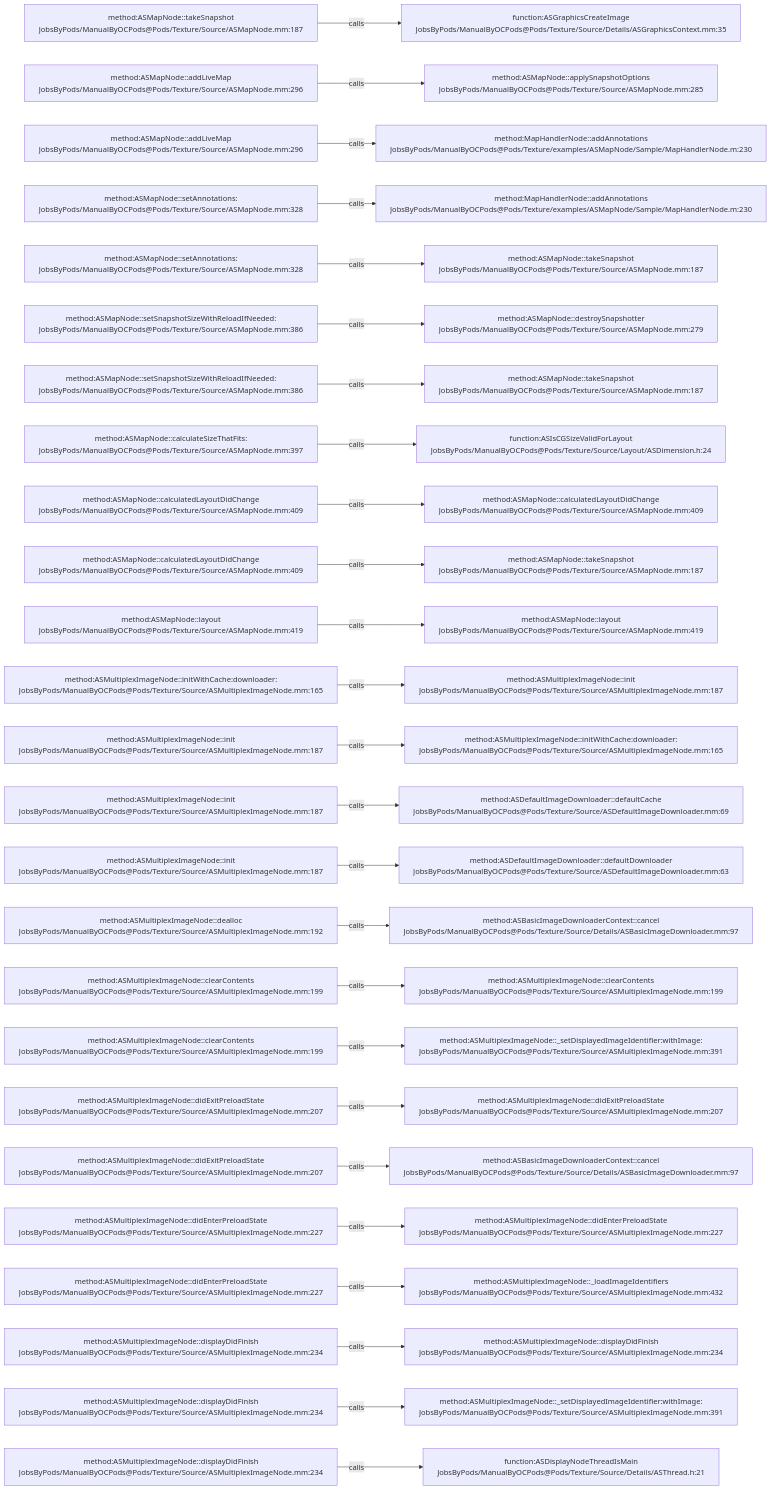
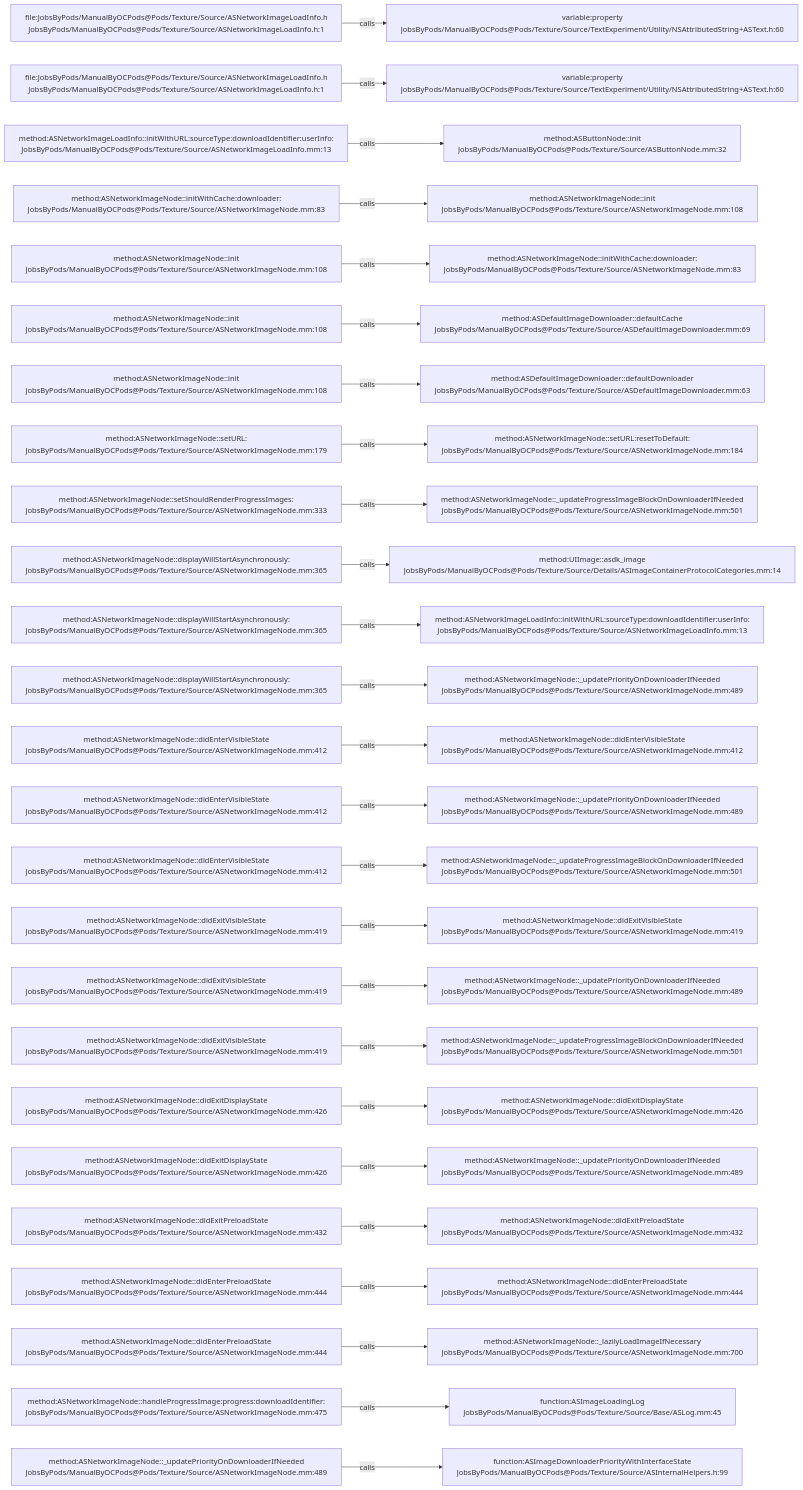
One commit to JobsKits/JobsOCBaseConfigDemo changed the diagram in .codegraph/codegraph.md/graphs/calls-115.md. Above: the diagram before and after it, drawn with Mermaid. The commit also changed 1353 other files, not shown here.

````diff
--- a/.codegraph/codegraph.md/graphs/calls-115.md
+++ b/.codegraph/codegraph.md/graphs/calls-115.md
@@ -13,78 +13,78 @@
 ```mermaid
 flowchart LR
-  S1["method:ASMapNode::takeSnapshot<br/>JobsByPods/ManualByOCPods@Pods/Texture/Source/ASMapNode.mm:187"]
-  T1["function:ASGraphicsCreateImage<br/>JobsByPods/ManualByOCPods@Pods/Texture/Source/Details/ASGraphicsContext.mm:35"]
+  S1["file:JobsByPods/ManualByOCPods@Pods/Texture/Source/ASNetworkImageLoadInfo.h<br/>JobsByPods/ManualByOCPods@Pods/Texture/Source/ASNetworkImageLoadInfo.h:1"]
+  T1["variable:property<br/>JobsByPods/ManualByOCPods@Pods/Texture/Source/TextExperiment/Utility/NSAttributedString+ASText.h:60"]
   S1 -->|calls| T1
-  S2["method:ASMapNode::addLiveMap<br/>JobsByPods/ManualByOCPods@Pods/Texture/Source/ASMapNode.mm:296"]
-  T2["method:ASMapNode::applySnapshotOptions<br/>JobsByPods/ManualByOCPods@Pods/Texture/Source/ASMapNode.mm:285"]
+  S2["file:JobsByPods/ManualByOCPods@Pods/Texture/Source/ASNetworkImageLoadInfo.h<br/>JobsByPods/ManualByOCPods@Pods/Texture/Source/ASNetworkImageLoadInfo.h:1"]
+  T2["variable:property<br/>JobsByPods/ManualByOCPods@Pods/Texture/Source/TextExperiment/Utility/NSAttributedString+ASText.h:60"]
   S2 -->|calls| T2
-  S3["method:ASMapNode::addLiveMap<br/>JobsByPods/ManualByOCPods@Pods/Texture/Source/ASMapNode.mm:296"]
-  T3["method:MapHandlerNode::addAnnotations<br/>JobsByPods/ManualByOCPods@Pods/Texture/examples/ASMapNode/Sample/MapHandlerNode.m:230"]
+  S3["method:ASNetworkImageLoadInfo::initWithURL:sourceType:downloadIdentifier:userInfo:<br/>JobsByPods/ManualByOCPods@Pods/Texture/Source/ASNetworkImageLoadInfo.mm:13"]
+  T3["method:ASButtonNode::init<br/>JobsByPods/ManualByOCPods@Pods/Texture/Source/ASButtonNode.mm:32"]
   S3 -->|calls| T3
-  S4["method:ASMapNode::setAnnotations:<br/>JobsByPods/ManualByOCPods@Pods/Texture/Source/ASMapNode.mm:328"]
-  T4["method:MapHandlerNode::addAnnotations<br/>JobsByPods/ManualByOCPods@Pods/Texture/examples/ASMapNode/Sample/MapHandlerNode.m:230"]
+  S4["method:ASNetworkImageNode::initWithCache:downloader:<br/>JobsByPods/ManualByOCPods@Pods/Texture/Source/ASNetworkImageNode.mm:83"]
+  T4["method:ASNetworkImageNode::init<br/>JobsByPods/ManualByOCPods@Pods/Texture/Source/ASNetworkImageNode.mm:108"]
   S4 -->|calls| T4
-  S5["method:ASMapNode::setAnnotations:<br/>JobsByPods/ManualByOCPods@Pods/Texture/Source/ASMapNode.mm:328"]
-  T5["method:ASMapNode::takeSnapshot<br/>JobsByPods/ManualByOCPods@Pods/Texture/Source/ASMapNode.mm:187"]
+  S5["method:ASNetworkImageNode::init<br/>JobsByPods/ManualByOCPods@Pods/Texture/Source/ASNetworkImageNode.mm:108"]
+  T5["method:ASNetworkImageNode::initWithCache:downloader:<br/>JobsByPods/ManualByOCPods@Pods/Texture/Source/ASNetworkImageNode.mm:83"]
   S5 -->|calls| T5
-  S6["method:ASMapNode::setSnapshotSizeWithReloadIfNeeded:<br/>JobsByPods/ManualByOCPods@Pods/Texture/Source/ASMapNode.mm:386"]
-  T6["method:ASMapNode::destroySnapshotter<br/>JobsByPods/ManualByOCPods@Pods/Texture/Source/ASMapNode.mm:279"]
+  S6["method:ASNetworkImageNode::init<br/>JobsByPods/ManualByOCPods@Pods/Texture/Source/ASNetworkImageNode.mm:108"]
+  T6["method:ASDefaultImageDownloader::defaultCache<br/>JobsByPods/ManualByOCPods@Pods/Texture/Source/ASDefaultImageDownloader.mm:69"]
   S6 -->|calls| T6
-  S7["method:ASMapNode::setSnapshotSizeWithReloadIfNeeded:<br/>JobsByPods/ManualByOCPods@Pods/Texture/Source/ASMapNode.mm:386"]
-  T7["method:ASMapNode::takeSnapshot<br/>JobsByPods/ManualByOCPods@Pods/Texture/Source/ASMapNode.mm:187"]
+  S7["method:ASNetworkImageNode::init<br/>JobsByPods/ManualByOCPods@Pods/Texture/Source/ASNetworkImageNode.mm:108"]
+  T7["method:ASDefaultImageDownloader::defaultDownloader<br/>JobsByPods/ManualByOCPods@Pods/Texture/Source/ASDefaultImageDownloader.mm:63"]
   S7 -->|calls| T7
-  S8["method:ASMapNode::calculateSizeThatFits:<br/>JobsByPods/ManualByOCPods@Pods/Texture/Source/ASMapNode.mm:397"]
-  T8["function:ASIsCGSizeValidForLayout<br/>JobsByPods/ManualByOCPods@Pods/Texture/Source/Layout/ASDimension.h:24"]
+  S8["method:ASNetworkImageNode::setURL:<br/>JobsByPods/ManualByOCPods@Pods/Texture/Source/ASNetworkImageNode.mm:179"]
+  T8["method:ASNetworkImageNode::setURL:resetToDefault:<br/>JobsByPods/ManualByOCPods@Pods/Texture/Source/ASNetworkImageNode.mm:184"]
   S8 -->|calls| T8
-  S9["method:ASMapNode::calculatedLayoutDidChange<br/>JobsByPods/ManualByOCPods@Pods/Texture/Source/ASMapNode.mm:409"]
-  T9["method:ASMapNode::calculatedLayoutDidChange<br/>JobsByPods/ManualByOCPods@Pods/Texture/Source/ASMapNode.mm:409"]
+  S9["method:ASNetworkImageNode::setShouldRenderProgressImages:<br/>JobsByPods/ManualByOCPods@Pods/Texture/Source/ASNetworkImageNode.mm:333"]
+  T9["method:ASNetworkImageNode::_updateProgressImageBlockOnDownloaderIfNeeded<br/>JobsByPods/ManualByOCPods@Pods/Texture/Source/ASNetworkImageNode.mm:501"]
   S9 -->|calls| T9
-  S10["method:ASMapNode::calculatedLayoutDidChange<br/>JobsByPods/ManualByOCPods@Pods/Texture/Source/ASMapNode.mm:409"]
-  T10["method:ASMapNode::takeSnapshot<br/>JobsByPods/ManualByOCPods@Pods/Texture/Source/ASMapNode.mm:187"]
+  S10["method:ASNetworkImageNode::displayWillStartAsynchronously:<br/>JobsByPods/ManualByOCPods@Pods/Texture/Source/ASNetworkImageNode.mm:365"]
+  T10["method:UIImage::asdk_image<br/>JobsByPods/ManualByOCPods@Pods/Texture/Source/Details/ASImageContainerProtocolCategories.mm:14"]
   S10 -->|calls| T10
-  S11["method:ASMapNode::layout<br/>JobsByPods/ManualByOCPods@Pods/Texture/Source/ASMapNode.mm:419"]
-  T11["method:ASMapNode::layout<br/>JobsByPods/ManualByOCPods@Pods/Texture/Source/ASMapNode.mm:419"]
+  S11["method:ASNetworkImageNode::displayWillStartAsynchronously:<br/>JobsByPods/ManualByOCPods@Pods/Texture/Source/ASNetworkImageNode.mm:365"]
+  T11["method:ASNetworkImageLoadInfo::initWithURL:sourceType:downloadIdentifier:userInfo:<br/>JobsByPods/ManualByOCPods@Pods/Texture/Source/ASNetworkImageLoadInfo.mm:13"]
   S11 -->|calls| T11
-  S12["method:ASMultiplexImageNode::initWithCache:downloader:<br/>JobsByPods/ManualByOCPods@Pods/Texture/Source/ASMultiplexImageNode.mm:165"]
-  T12["method:ASMultiplexImageNode::init<br/>JobsByPods/ManualByOCPods@Pods/Texture/Source/ASMultiplexImageNode.mm:187"]
+  S12["method:ASNetworkImageNode::displayWillStartAsynchronously:<br/>JobsByPods/ManualByOCPods@Pods/Texture/Source/ASNetworkImageNode.mm:365"]
+  T12["method:ASNetworkImageNode::_updatePriorityOnDownloaderIfNeeded<br/>JobsByPods/ManualByOCPods@Pods/Texture/Source/ASNetworkImageNode.mm:489"]
   S12 -->|calls| T12
-  S13["method:ASMultiplexImageNode::init<br/>JobsByPods/ManualByOCPods@Pods/Texture/Source/ASMultiplexImageNode.mm:187"]
-  T13["method:ASMultiplexImageNode::initWithCache:downloader:<br/>JobsByPods/ManualByOCPods@Pods/Texture/Source/ASMultiplexImageNode.mm:165"]
+  S13["method:ASNetworkImageNode::didEnterVisibleState<br/>JobsByPods/ManualByOCPods@Pods/Texture/Source/ASNetworkImageNode.mm:412"]
+  T13["method:ASNetworkImageNode::didEnterVisibleState<br/>JobsByPods/ManualByOCPods@Pods/Texture/Source/ASNetworkImageNode.mm:412"]
   S13 -->|calls| T13
-  S14["method:ASMultiplexImageNode::init<br/>JobsByPods/ManualByOCPods@Pods/Texture/Source/ASMultiplexImageNode.mm:187"]
-  T14["method:ASDefaultImageDownloader::defaultCache<br/>JobsByPods/ManualByOCPods@Pods/Texture/Source/ASDefaultImageDownloader.mm:69"]
+  S14["method:ASNetworkImageNode::didEnterVisibleState<br/>JobsByPods/ManualByOCPods@Pods/Texture/Source/ASNetworkImageNode.mm:412"]
+  T14["method:ASNetworkImageNode::_updatePriorityOnDownloaderIfNeeded<br/>JobsByPods/ManualByOCPods@Pods/Texture/Source/ASNetworkImageNode.mm:489"]
   S14 -->|calls| T14
-  S15["method:ASMultiplexImageNode::init<br/>JobsByPods/ManualByOCPods@Pods/Texture/Source/ASMultiplexImageNode.mm:187"]
-  T15["method:ASDefaultImageDownloader::defaultDownloader<br/>JobsByPods/ManualByOCPods@Pods/Texture/Source/ASDefaultImageDownloader.mm:63"]
+  S15["method:ASNetworkImageNode::didEnterVisibleState<br/>JobsByPods/ManualByOCPods@Pods/Texture/Source/ASNetworkImageNode.mm:412"]
+  T15["method:ASNetworkImageNode::_updateProgressImageBlockOnDownloaderIfNeeded<br/>JobsByPods/ManualByOCPods@Pods/Texture/Source/ASNetworkImageNode.mm:501"]
   S15 -->|calls| T15
-  S16["method:ASMultiplexImageNode::dealloc<br/>JobsByPods/ManualByOCPods@Pods/Texture/Source/ASMultiplexImageNode.mm:192"]
-  T16["method:ASBasicImageDownloaderContext::cancel<br/>JobsByPods/ManualByOCPods@Pods/Texture/Source/Details/ASBasicImageDownloader.mm:97"]
+  S16["method:ASNetworkImageNode::didExitVisibleState<br/>JobsByPods/ManualByOCPods@Pods/Texture/Source/ASNetworkImageNode.mm:419"]
+  T16["method:ASNetworkImageNode::didExitVisibleState<br/>JobsByPods/ManualByOCPods@Pods/Texture/Source/ASNetworkImageNode.mm:419"]
   S16 -->|calls| T16
-  S17["method:ASMultiplexImageNode::clearContents<br/>JobsByPods/ManualByOCPods@Pods/Texture/Source/ASMultiplexImageNode.mm:199"]
-  T17["method:ASMultiplexImageNode::clearContents<br/>JobsByPods/ManualByOCPods@Pods/Texture/Source/ASMultiplexImageNode.mm:199"]
+  S17["method:ASNetworkImageNode::didExitVisibleState<br/>JobsByPods/ManualByOCPods@Pods/Texture/Source/ASNetworkImageNode.mm:419"]
+  T17["method:ASNetworkImageNode::_updatePriorityOnDownloaderIfNeeded<br/>JobsByPods/ManualByOCPods@Pods/Texture/Source/ASNetworkImageNode.mm:489"]
   S17 -->|calls| T17
-  S18["method:ASMultiplexImageNode::clearContents<br/>JobsByPods/ManualByOCPods@Pods/Texture/Source/ASMultiplexImageNode.mm:199"]
-  T18["method:ASMultiplexImageNode::_setDisplayedImageIdentifier:withImage:<br/>JobsByPods/ManualByOCPods@Pods/Texture/Source/ASMultiplexImageNode.mm:391"]
+  S18["method:ASNetworkImageNode::didExitVisibleState<br/>JobsByPods/ManualByOCPods@Pods/Texture/Source/ASNetworkImageNode.mm:419"]
+  T18["method:ASNetworkImageNode::_updateProgressImageBlockOnDownloaderIfNeeded<br/>JobsByPods/ManualByOCPods@Pods/Texture/Source/ASNetworkImageNode.mm:501"]
   S18 -->|calls| T18
-  S19["method:ASMultiplexImageNode::didExitPreloadState<br/>JobsByPods/ManualByOCPods@Pods/Texture/Source/ASMultiplexImageNode.mm:207"]
-  T19["method:ASMultiplexImageNode::didExitPreloadState<br/>JobsByPods/ManualByOCPods@Pods/Texture/Source/ASMultiplexImageNode.mm:207"]
+  S19["method:ASNetworkImageNode::didExitDisplayState<br/>JobsByPods/ManualByOCPods@Pods/Texture/Source/ASNetworkImageNode.mm:426"]
+  T19["method:ASNetworkImageNode::didExitDisplayState<br/>JobsByPods/ManualByOCPods@Pods/Texture/Source/ASNetworkImageNode.mm:426"]
   S19 -->|calls| T19
-  S20["method:ASMultiplexImageNode::didExitPreloadState<br/>JobsByPods/ManualByOCPods@Pods/Texture/Source/ASMultiplexImageNode.mm:207"]
-  T20["method:ASBasicImageDownloaderContext::cancel<br/>JobsByPods/ManualByOCPods@Pods/Texture/Source/Details/ASBasicImageDownloader.mm:97"]
+  S20["method:ASNetworkImageNode::didExitDisplayState<br/>JobsByPods/ManualByOCPods@Pods/Texture/Source/ASNetworkImageNode.mm:426"]
+  T20["method:ASNetworkImageNode::_updatePriorityOnDownloaderIfNeeded<br/>JobsByPods/ManualByOCPods@Pods/Texture/Source/ASNetworkImageNode.mm:489"]
   S20 -->|calls| T20
-  S21["method:ASMultiplexImageNode::didEnterPreloadState<br/>JobsByPods/ManualByOCPods@Pods/Texture/Source/ASMultiplexImageNode.mm:227"]
-  T21["method:ASMultiplexImageNode::didEnterPreloadState<br/>JobsByPods/ManualByOCPods@Pods/Texture/Source/ASMultiplexImageNode.mm:227"]
+  S21["method:ASNetworkImageNode::didExitPreloadState<br/>JobsByPods/ManualByOCPods@Pods/Texture/Source/ASNetworkImageNode.mm:432"]
+  T21["method:ASNetworkImageNode::didExitPreloadState<br/>JobsByPods/ManualByOCPods@Pods/Texture/Source/ASNetworkImageNode.mm:432"]
   S21 -->|calls| T21
-  S22["method:ASMultiplexImageNode::didEnterPreloadState<br/>JobsByPods/ManualByOCPods@Pods/Texture/Source/ASMultiplexImageNode.mm:227"]
-  T22["method:ASMultiplexImageNode::_loadImageIdentifiers<br/>JobsByPods/ManualByOCPods@Pods/Texture/Source/ASMultiplexImageNode.mm:432"]
+  S22["method:ASNetworkImageNode::didEnterPreloadState<br/>JobsByPods/ManualByOCPods@Pods/Texture/Source/ASNetworkImageNode.mm:444"]
+  T22["method:ASNetworkImageNode::didEnterPreloadState<br/>JobsByPods/ManualByOCPods@Pods/Texture/Source/ASNetworkImageNode.mm:444"]
   S22 -->|calls| T22
-  S23["method:ASMultiplexImageNode::displayDidFinish<br/>JobsByPods/ManualByOCPods@Pods/Texture/Source/ASMultiplexImageNode.mm:234"]
-  T23["method:ASMultiplexImageNode::displayDidFinish<br/>JobsByPods/ManualByOCPods@Pods/Texture/Source/ASMultiplexImageNode.mm:234"]
+  S23["method:ASNetworkImageNode::didEnterPreloadState<br/>JobsByPods/ManualByOCPods@Pods/Texture/Source/ASNetworkImageNode.mm:444"]
+  T23["method:ASNetworkImageNode::_lazilyLoadImageIfNecessary<br/>JobsByPods/ManualByOCPods@Pods/Texture/Source/ASNetworkImageNode.mm:700"]
   S23 -->|calls| T23
-  S24["method:ASMultiplexImageNode::displayDidFinish<br/>JobsByPods/ManualByOCPods@Pods/Texture/Source/ASMultiplexImageNode.mm:234"]
-  T24["method:ASMultiplexImageNode::_setDisplayedImageIdentifier:withImage:<br/>JobsByPods/ManualByOCPods@Pods/Texture/Source/ASMultiplexImageNode.mm:391"]
+  S24["method:ASNetworkImageNode::handleProgressImage:progress:downloadIdentifier:<br/>JobsByPods/ManualByOCPods@Pods/Texture/Source/ASNetworkImageNode.mm:475"]
+  T24["function:ASImageLoadingLog<br/>JobsByPods/ManualByOCPods@Pods/Texture/Source/Base/ASLog.mm:45"]
   S24 -->|calls| T24
-  S25["method:ASMultiplexImageNode::displayDidFinish<br/>JobsByPods/ManualByOCPods@Pods/Texture/Source/ASMultiplexImageNode.mm:234"]
-  T25["function:ASDisplayNodeThreadIsMain<br/>JobsByPods/ManualByOCPods@Pods/Texture/Source/Details/ASThread.h:21"]
+  S25["method:ASNetworkImageNode::_updatePriorityOnDownloaderIfNeeded<br/>JobsByPods/ManualByOCPods@Pods/Texture/Source/ASNetworkImageNode.mm:489"]
+  T25["function:ASImageDownloaderPriorityWithInterfaceState<br/>JobsByPods/ManualByOCPods@Pods/Texture/Source/ASInternalHelpers.h:99"]
   S25 -->|calls| T25
 ```
````
